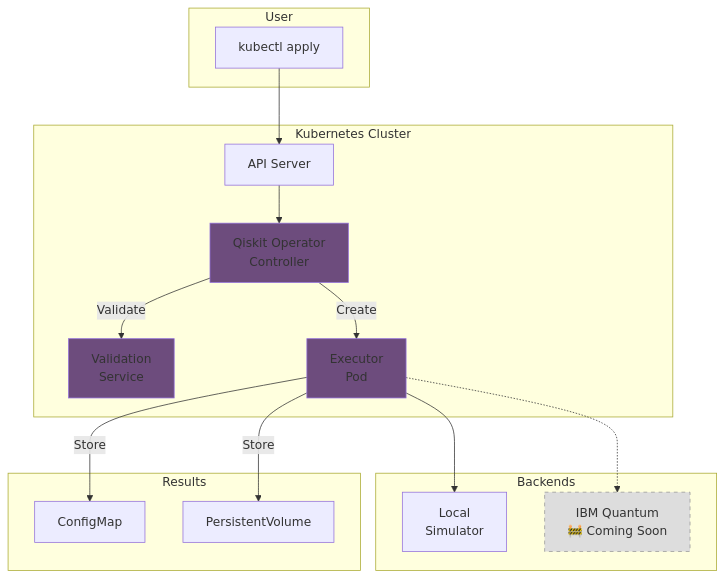
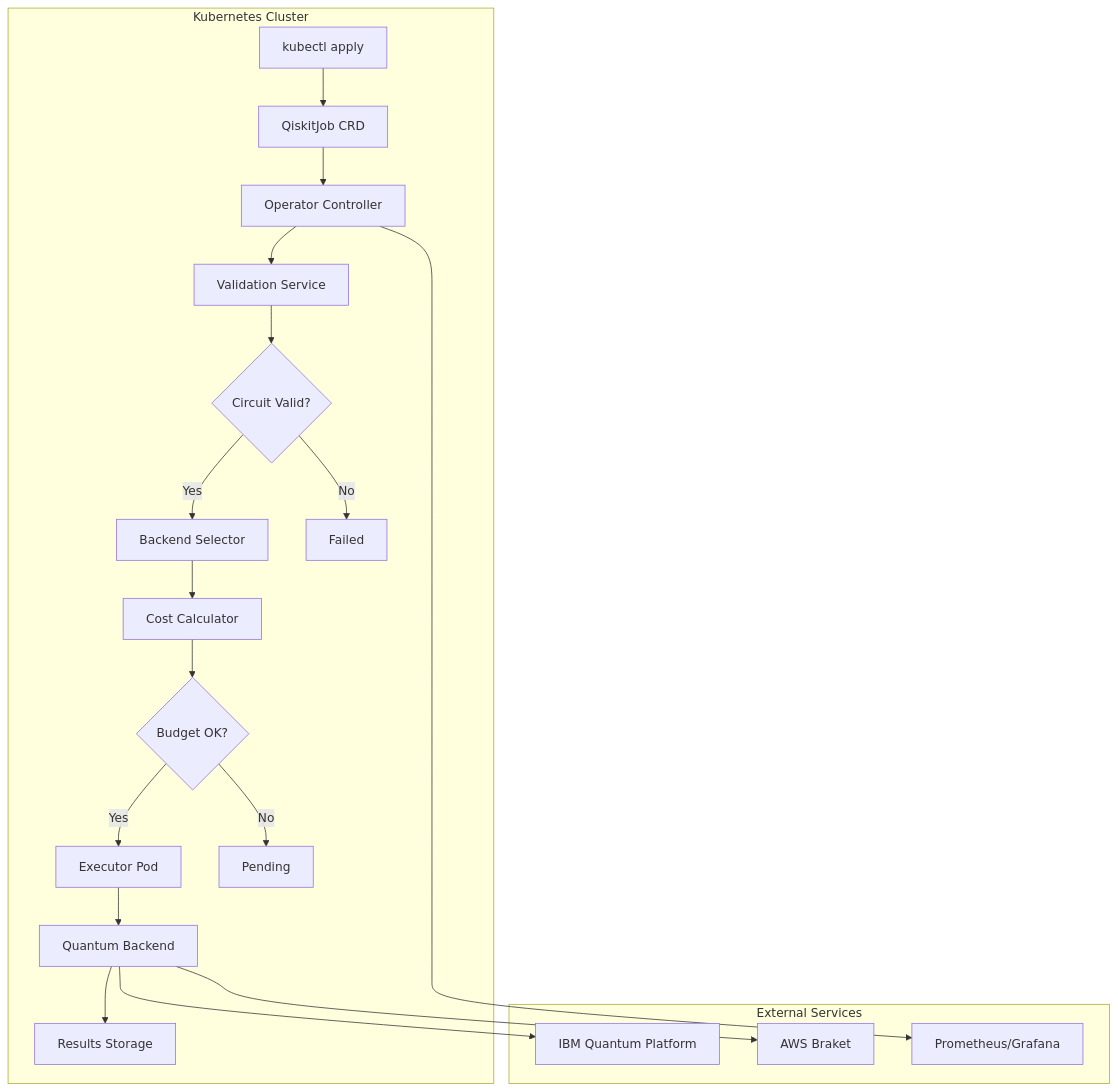
One commit to sudeshmu/quiskit-operator-docs changed the second of 2 diagrams in docs/index.md. Above: the diagram before and after it, drawn with Mermaid. The commit also changed other lines of this file and 15 other files, not shown here.

````diff
--- a/docs/index.md
+++ b/docs/index.md
@@ -110,37 +222,27 @@
 ```mermaid
 graph TB
-    subgraph "User"
-        U[kubectl apply]
+    subgraph "Kubernetes Cluster"
+        A[kubectl apply] --> B[QiskitJob CRD]
+        B --> C[Operator Controller]
+        C --> D[Validation Service]
+        D --> E{Circuit Valid?}
+        E -->|Yes| F[Backend Selector]
+        E -->|No| G[Failed]
+        F --> H[Cost Calculator]
+        H --> I{Budget OK?}
+        I -->|Yes| J[Executor Pod]
+        I -->|No| K[Pending]
+        J --> L[Quantum Backend]
+        L --> M[Results Storage]
     end
     
-    subgraph "Kubernetes Cluster"
-        API[API Server]
-        OP[Qiskit Operator<br/>Controller]
-        VS[Validation<br/>Service]
-        POD[Executor<br/>Pod]
+    subgraph "External Services"
+        N[IBM Quantum Platform]
+        O[AWS Braket]
+        P[Prometheus/Grafana]
     end
     
-    subgraph "Backends"
-        SIM[Local<br/>Simulator]
-        IBM[IBM Quantum<br/>🚧 Coming Soon]
-    end
-    
-    subgraph "Results"
-        CM[ConfigMap]
-        PVC[PersistentVolume]
-    end
-    
-    U --> API
-    API --> OP
-    OP -->|Validate| VS
-    OP -->|Create| POD
-    POD --> SIM
-    POD -.-> IBM
-    POD -->|Store| CM
-    POD -->|Store| PVC
-    
-    style OP fill:#6d4c7d
-    style VS fill:#6d4c7d
-    style POD fill:#6d4c7d
-    style IBM fill:#ddd,stroke:#999,stroke-dasharray: 5 5
+    L --> N
+    L --> O
+    C --> P
 ```
````
